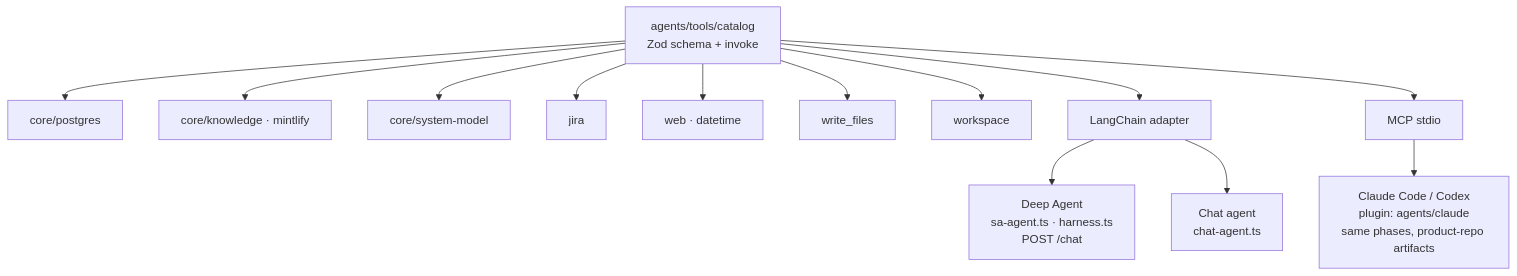
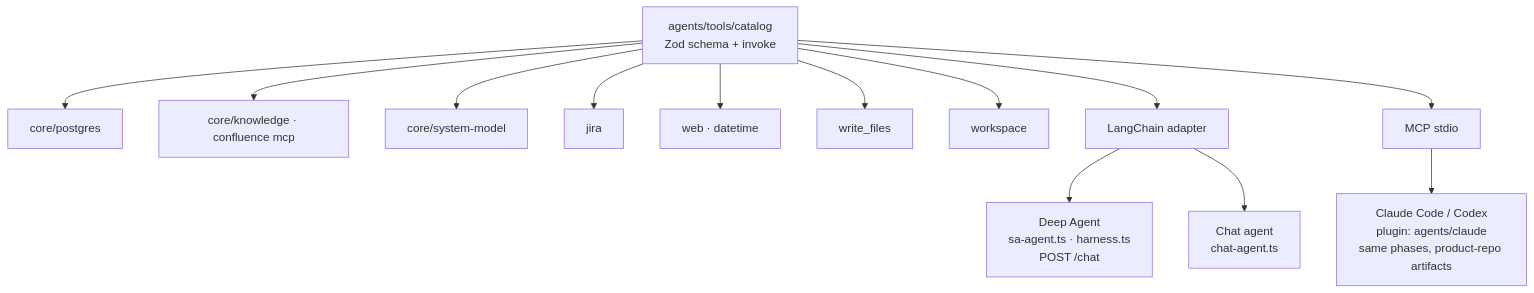
Before and after one commit to yanisapths/sa-agent: the sixth of 7 diagrams in docs/ARCHITECTURE.md, drawn with Mermaid. The commit also changed other lines of this file and 35 other files, not shown here.

Commit message:
feat: add confluence doc mcp

````diff
--- a/docs/ARCHITECTURE.md
+++ b/docs/ARCHITECTURE.md
@@ -262,18 +262,18 @@
 ```mermaid
 flowchart TB
   Catalog["agents/tools/catalog<br/>Zod schema + invoke"]
   Catalog --> PG["core/postgres"]
-  Catalog --> KN["core/knowledge · mintlify"]
+  Catalog --> KN["core/knowledge · confluence mcp"]
   Catalog --> SM["core/system-model"]
   Catalog --> JR["jira"]
   Catalog --> WEB["web · datetime"]
   Catalog --> WF["write_files"]
   Catalog --> WS["workspace"]
 
   Catalog --> LC["LangChain adapter"]
   Catalog --> MCP["MCP stdio"]
 
   LC --> Deep["Deep Agent<br/>sa-agent.ts · harness.ts<br/>POST /chat"]
   LC --> Chat["Chat agent<br/>chat-agent.ts"]
   MCP --> Plug["Claude Code / Codex<br/>plugin: agents/claude<br/>same phases, product-repo artifacts"]
 ```
````
